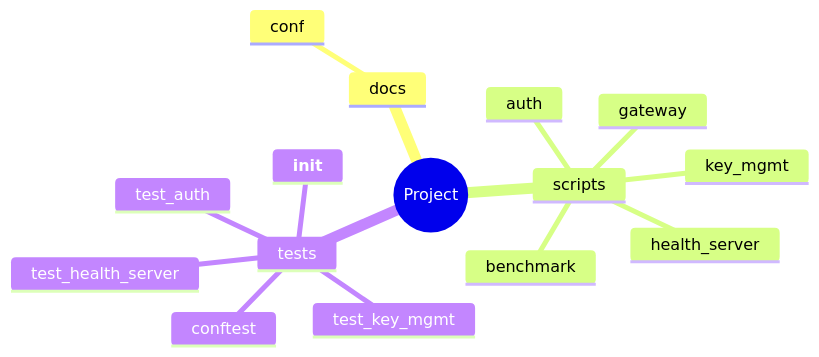
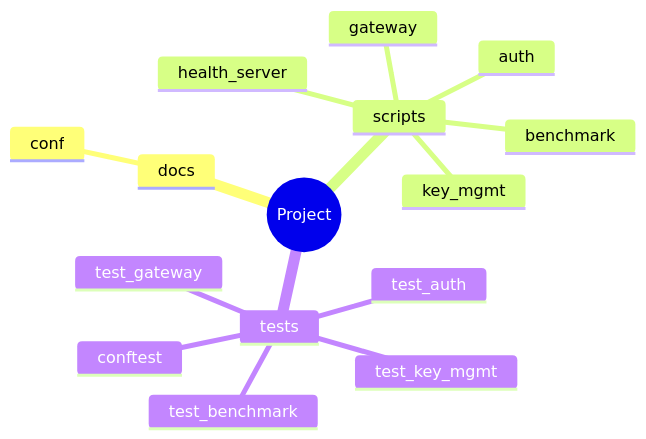
One commit to zepfu/llama-gguf-inference changed the fifth of 8 diagrams in docs/auto/ARCHITECTURE_AUTO.md. Above: the diagram before and after it, drawn with Mermaid. The commit also changed other lines of this file and 2 other files, not shown here.

````diff
--- a/docs/auto/ARCHITECTURE_AUTO.md
+++ b/docs/auto/ARCHITECTURE_AUTO.md
@@ -175,18 +177,18 @@
 ```mermaid
 mindmap
   root((Project))
     docs
       conf
     scripts
+      auth
+      health_server
+      key_mgmt
       benchmark
-      health_server
       gateway
-      key_mgmt
-      auth
     tests
-      __init__
-      test_health_server
+      conftest
       test_key_mgmt
-      conftest
+      test_benchmark
       test_auth
+      test_gateway
 ```
````
